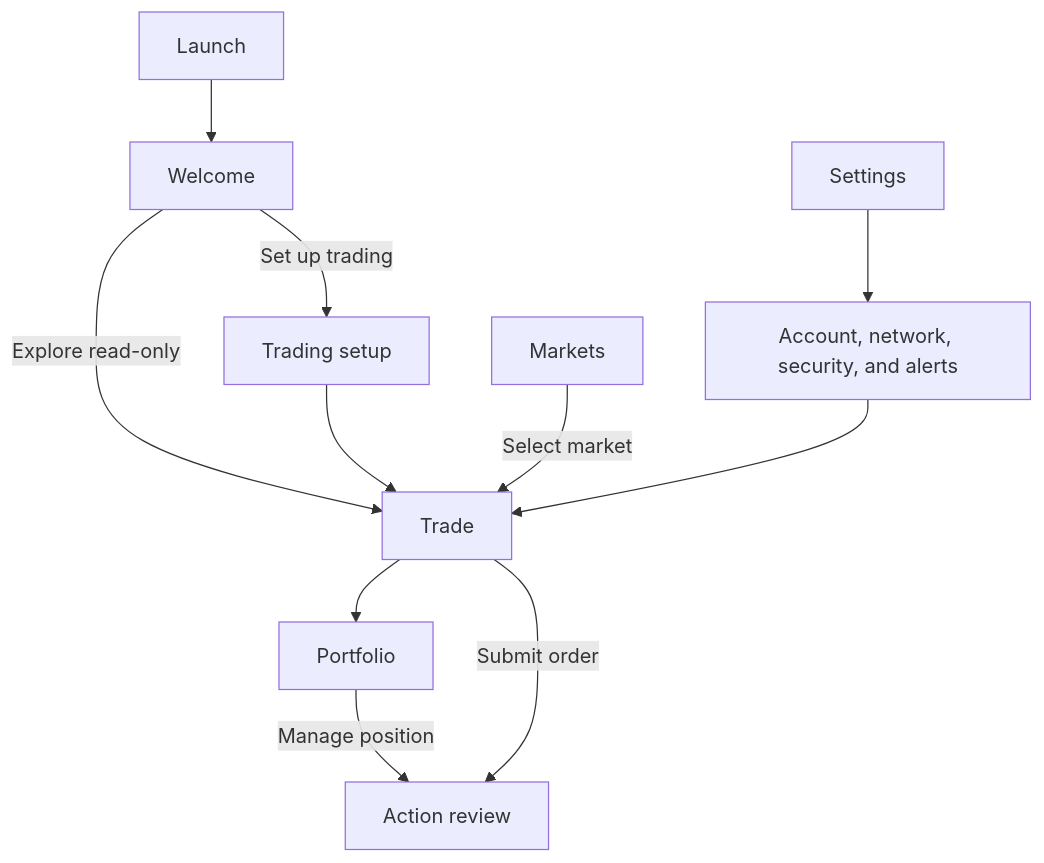
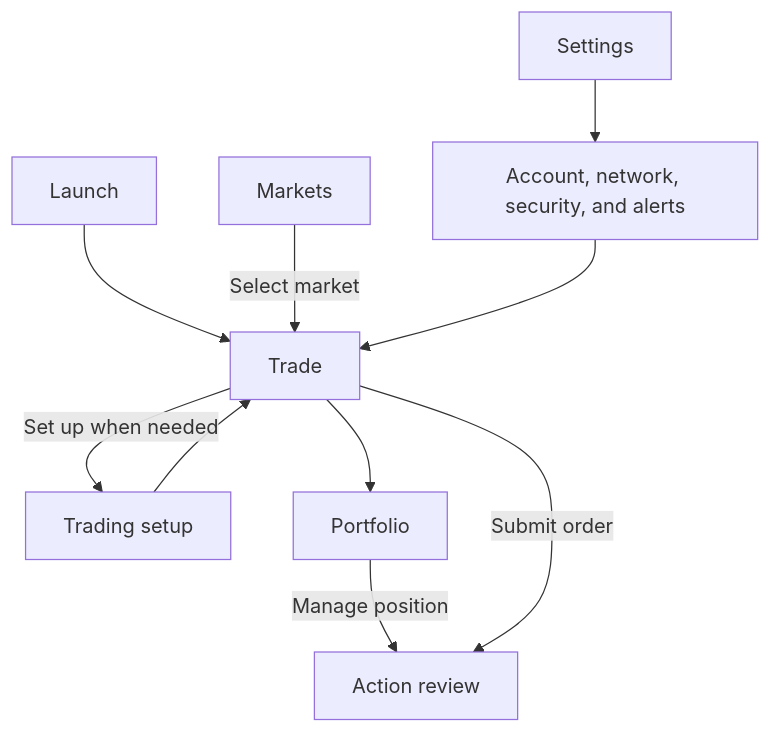
Before and after one commit to stonega/hyper-trader: the diagram in docs/design/mobile-screen-system.md, drawn with Mermaid. The commit also changed other lines of this file and 200 other files, not shown here.

````diff
--- a/docs/design/mobile-screen-system.md
+++ b/docs/design/mobile-screen-system.md
@@ -29,13 +37,12 @@
 ```mermaid
 flowchart TB
-  Launch[Launch] --> Welcome[Welcome]
-  Welcome -->|Explore read-only| Trade[Trade]
-  Welcome -->|Set up trading| Setup[Trading setup]
+  Launch[Launch] --> Trade[Trade]
+  Trade -->|Set up when needed| Setup[Trading setup]
   Setup --> Trade
   Markets[Markets] -->|Select market| Trade
   Trade --> Portfolio[Portfolio]
   Portfolio -->|Manage position| Review[Action review]
   Trade -->|Submit order| Review
   Settings[Settings] --> Context[Account, network, security, and alerts]
   Context --> Trade
 ```
````
